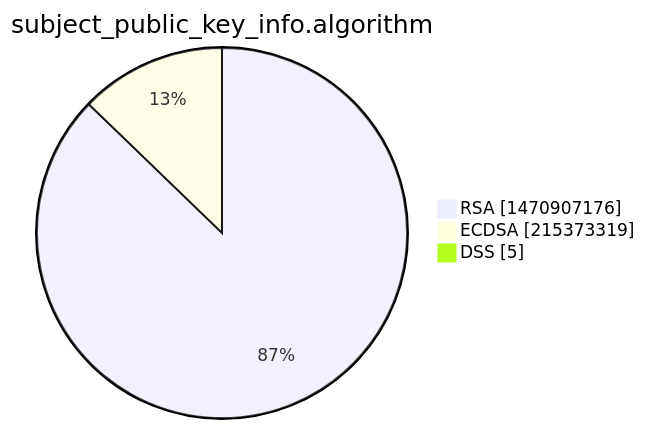
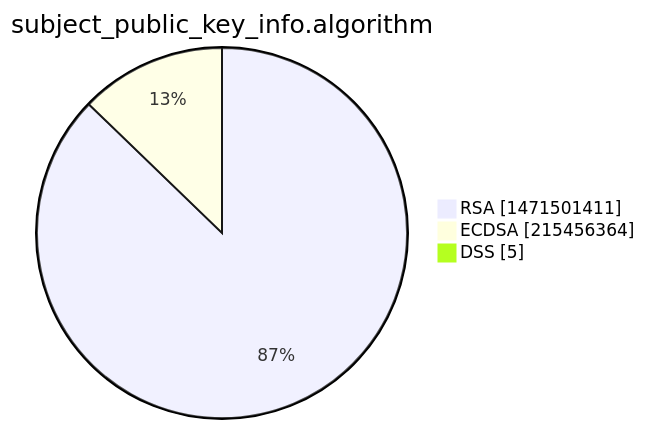
One commit to christiankrug/ctmonitor_visualization changed the third of 15 diagrams in xenon2022/README.md. Above: the diagram before and after it, drawn with Mermaid. The commit also changed other lines of this file, not shown here.

````diff
--- a/xenon2022/README.md
+++ b/xenon2022/README.md
@@ -14,7 +14,7 @@
 ```mermaid
 pie showData
 title subject_public_key_info.algorithm
-"RSA" :1470907176
-"ECDSA" :215373319
+"RSA" :1471501411
+"ECDSA" :215456364
 "DSS" :5
 ```
````
